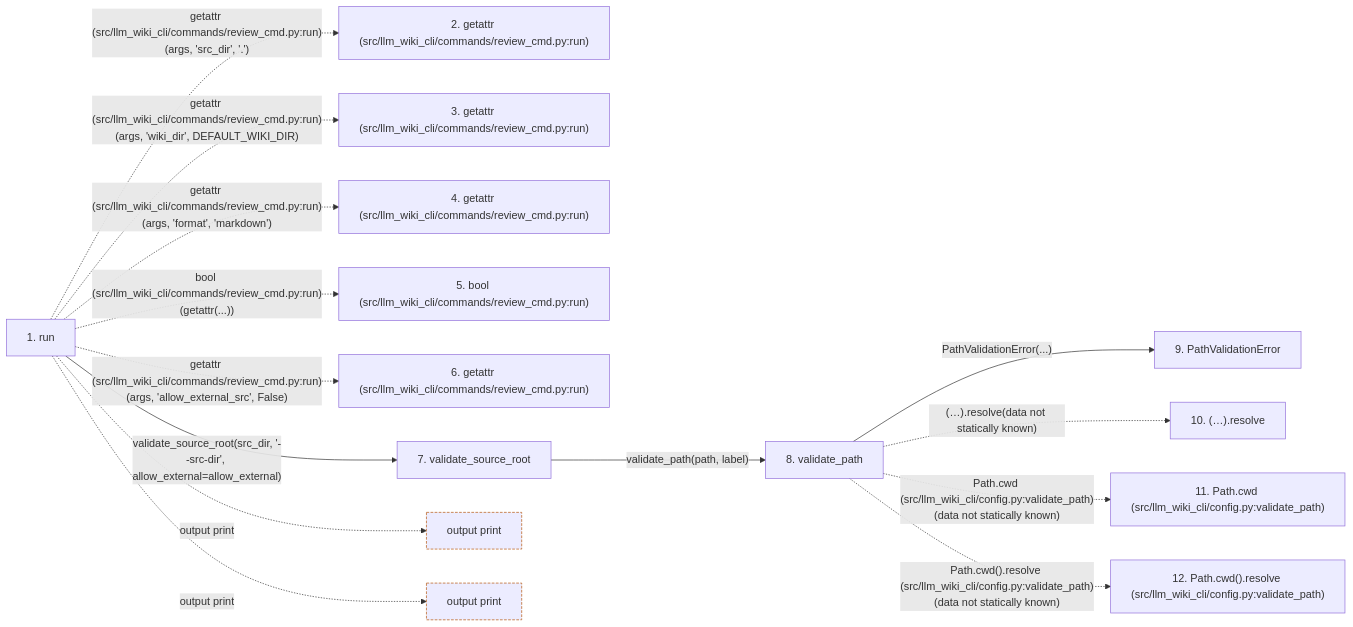
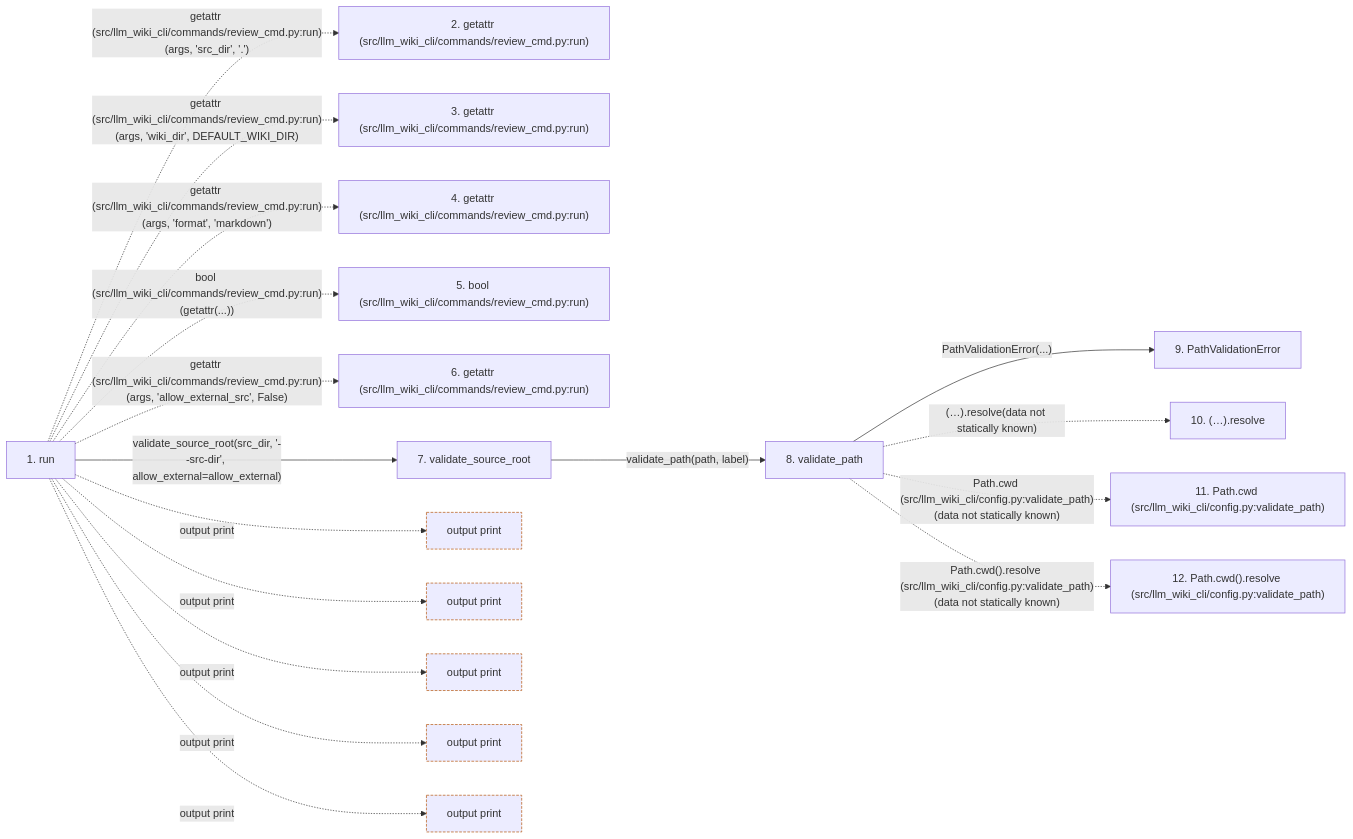
The second of 2 diagrams in docs/llm_wiki/flows/cli-review.md (Denissvgn/python-wiki-llm), drawn with Mermaid before and after one commit. The commit also changed other lines of this file and 152 other files, not shown here.

````diff
--- a/docs/llm_wiki/flows/cli-review.md
+++ b/docs/llm_wiki/flows/cli-review.md
@@ -101,37 +105,46 @@
 ```mermaid
 flowchart LR
     s1["1. run"]
     s2["2. getattr (src/llm_wiki_cli/commands/review_cmd.py:run)"]
     s3["3. getattr (src/llm_wiki_cli/commands/review_cmd.py:run)"]
     s4["4. getattr (src/llm_wiki_cli/commands/review_cmd.py:run)"]
     s5["5. bool (src/llm_wiki_cli/commands/review_cmd.py:run)"]
     s6["6. getattr (src/llm_wiki_cli/commands/review_cmd.py:run)"]
     s7["7. validate_source_root"]
     s8["8. validate_path"]
     s9["9. PathValidationError"]
     s10["10. (…).resolve"]
     s11["11. Path.cwd (src/llm_wiki_cli/config.py:validate_path)"]
     s12["12. Path.cwd().resolve (src/llm_wiki_cli/config.py:validate_path)"]
     s1 -. "getattr (src/llm_wiki_cli/commands/review_cmd.py:run)(args, 'src_dir', '.')" .-> s2
     s1 -. "getattr (src/llm_wiki_cli/commands/review_cmd.py:run)(args, 'wiki_dir', DEFAULT_WIKI_DIR)" .-> s3
     s1 -. "getattr (src/llm_wiki_cli/commands/review_cmd.py:run)(args, 'format', 'markdown')" .-> s4
     s1 -. "bool (src/llm_wiki_cli/commands/review_cmd.py:run)(getattr(...))" .-> s5
     s1 -. "getattr (src/llm_wiki_cli/commands/review_cmd.py:run)(args, 'allow_external_src', False)" .-> s6
     s1 -->|"validate_source_root(src_dir, '--src-dir', allow_external=allow_external)"| s7
     s7 -->|"validate_path(path, label)"| s8
     s8 -->|"PathValidationError(...)"| s9
     s8 -. "(…).resolve(data not statically known)" .-> s10
     s8 -. "Path.cwd (src/llm_wiki_cli/config.py:validate_path)(data not statically known)" .-> s11
     s8 -. "Path.cwd().resolve (src/llm_wiki_cli/config.py:validate_path)(data not statically known)" .-> s12
     b0["output print"]
     s1 -. "output print" .-> b0
     b1["output print"]
     s1 -. "output print" .-> b1
+    b2["output print"]
+    s1 -. "output print" .-> b2
+    b3["output print"]
+    s1 -. "output print" .-> b3
+    b4["output print"]
+    s1 -. "output print" .-> b4
     click s1 "../modules/review_cmd.md"
     click s7 "../modules/config.md"
     click s8 "../modules/config.md"
     click s9 "../modules/config.md"
     classDef boundary stroke:#b45309,stroke-dasharray: 4 2
     class b0 boundary
     class b1 boundary
+    class b2 boundary
+    class b3 boundary
+    class b4 boundary
 ```
````
